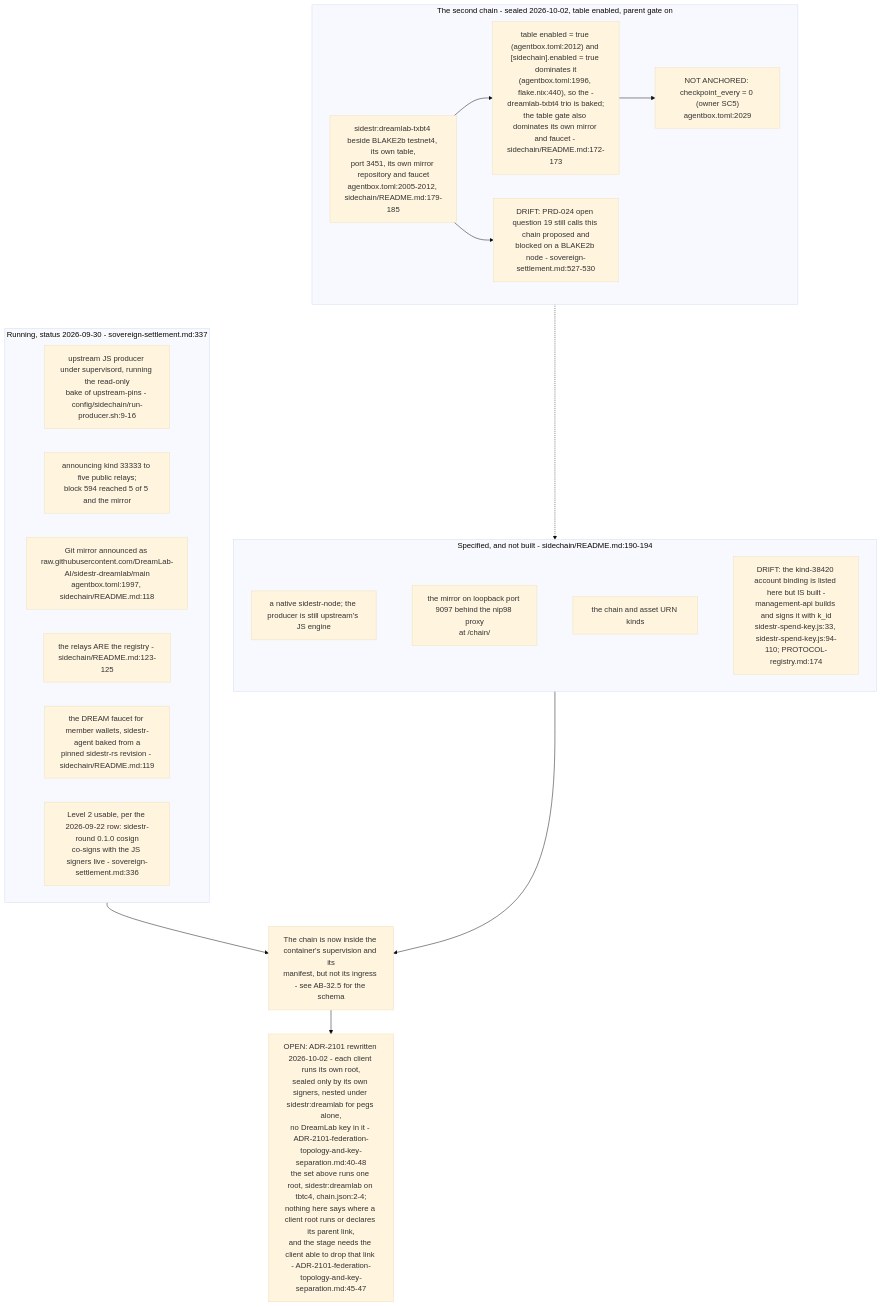
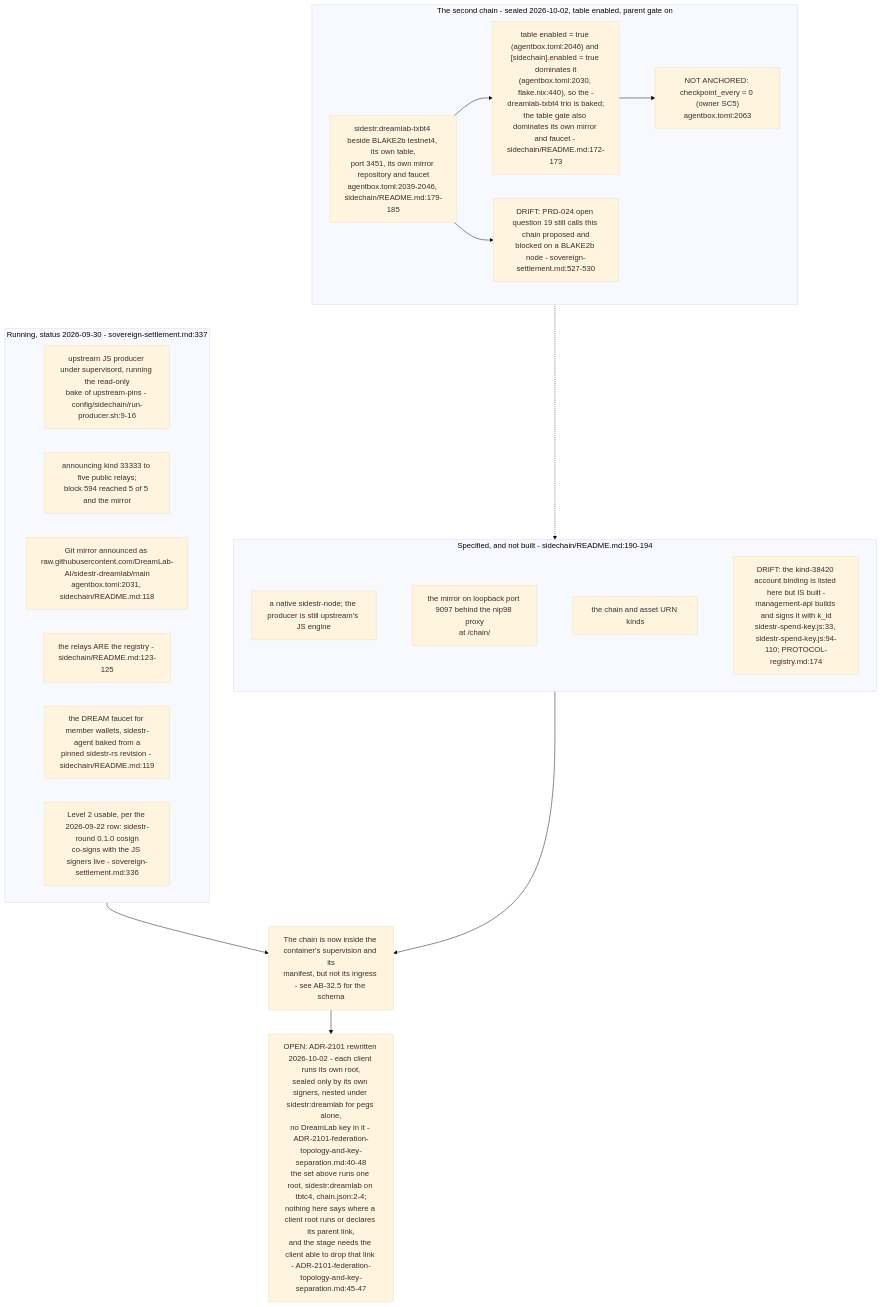
Before and after one commit to DreamLab-AI/VisionFlow: the fifth of 6 diagrams in docs/diagrams/agentbox/34-sidestr-interim-producer-and-mirror.md, drawn with Mermaid (base theme). The commit also changed other lines of this file and 7 other files, not shown here.

````diff
--- a/docs/diagrams/agentbox/34-sidestr-interim-producer-and-mirror.md
+++ b/docs/diagrams/agentbox/34-sidestr-interim-producer-and-mirror.md
@@ -216,30 +216,30 @@
 ```mermaid
 flowchart TB
     subgraph now["Running, status 2026-09-30 - sovereign-settlement.md:337"]
         N1["upstream JS producer under supervisord, running the read-only<br/>bake of upstream-pins - config/sidechain/run-producer.sh:9-16"]
         N2["announcing kind 33333 to five public relays;<br/>block 594 reached 5 of 5 and the mirror"]
-        N3["Git mirror announced as raw.githubusercontent.com/DreamLab-AI/sidestr-dreamlab/main<br/>agentbox.toml:1997, sidechain/README.md:118"]
+        N3["Git mirror announced as raw.githubusercontent.com/DreamLab-AI/sidestr-dreamlab/main<br/>agentbox.toml:2031, sidechain/README.md:118"]
         N4["the relays ARE the registry - sidechain/README.md:123-125"]
         N5["the DREAM faucet for member wallets, sidestr-agent baked from a<br/>pinned sidestr-rs revision - sidechain/README.md:119"]
         N6["Level 2 usable, per the 2026-09-22 row: sidestr-round 0.1.0 cosign<br/>co-signs with the JS signers live - sovereign-settlement.md:336"]
     end
     subgraph spec["Specified, and not built - sidechain/README.md:190-194"]
         S2["a native sidestr-node; the producer is still upstream's JS engine"]
         S3["the mirror on loopback port 9097 behind the nip98 proxy<br/>at /chain/"]
         S4["the chain and asset URN kinds"]
         S5["DRIFT: the kind-38420 account binding is listed here but IS built -<br/>management-api builds and signs it with k_id<br/>sidestr-spend-key.js:33, sidestr-spend-key.js:94-110; PROTOCOL-registry.md:174"]
         S2 ~~~ S3 ~~~ S4 ~~~ S5
     end
     subgraph next["The second chain - sealed 2026-10-02, table enabled, parent gate on"]
-        X1["sidestr:dreamlab-txbt4 beside BLAKE2b testnet4, its own table,<br/>port 3451, its own mirror repository and faucet<br/>agentbox.toml:2005-2012, sidechain/README.md:179-185"]
-        X2["table enabled = true (agentbox.toml:2012) and [sidechain].enabled = true dominates it<br/>(agentbox.toml:1996, flake.nix:440), so the -dreamlab-txbt4 trio is baked;<br/>the table gate also dominates its own mirror and faucet - sidechain/README.md:172-173"]
-        X3["NOT ANCHORED: checkpoint_every = 0 (owner SC5)<br/>agentbox.toml:2029"]
+        X1["sidestr:dreamlab-txbt4 beside BLAKE2b testnet4, its own table,<br/>port 3451, its own mirror repository and faucet<br/>agentbox.toml:2039-2046, sidechain/README.md:179-185"]
+        X2["table enabled = true (agentbox.toml:2046) and [sidechain].enabled = true dominates it<br/>(agentbox.toml:2030, flake.nix:440), so the -dreamlab-txbt4 trio is baked;<br/>the table gate also dominates its own mirror and faucet - sidechain/README.md:172-173"]
+        X3["NOT ANCHORED: checkpoint_every = 0 (owner SC5)<br/>agentbox.toml:2063"]
         X4["DRIFT: PRD-024 open question 19 still calls this chain proposed and<br/>blocked on a BLAKE2b node - sovereign-settlement.md:527-530"]
         X1 --> X2 --> X3
         X1 --> X4
     end
     now --> GAP["The chain is now inside the container's supervision and its<br/>manifest, but not its ingress - see AB-32.5 for the schema"]
     spec --> GAP
     next -.-> spec
     GAP --> FED["OPEN: ADR-2101 rewritten 2026-10-02 - each client runs its own root,<br/>sealed only by its own signers, nested under sidestr:dreamlab for pegs alone,<br/>no DreamLab key in it - ADR-2101-federation-topology-and-key-separation.md:40-48<br/>the set above runs one root, sidestr:dreamlab on tbtc4, chain.json:2-4;<br/>nothing here says where a client root runs or declares its parent link,<br/>and the stage needs the client able to drop that link - ADR-2101-federation-topology-and-key-separation.md:45-47"]
 ```
````
